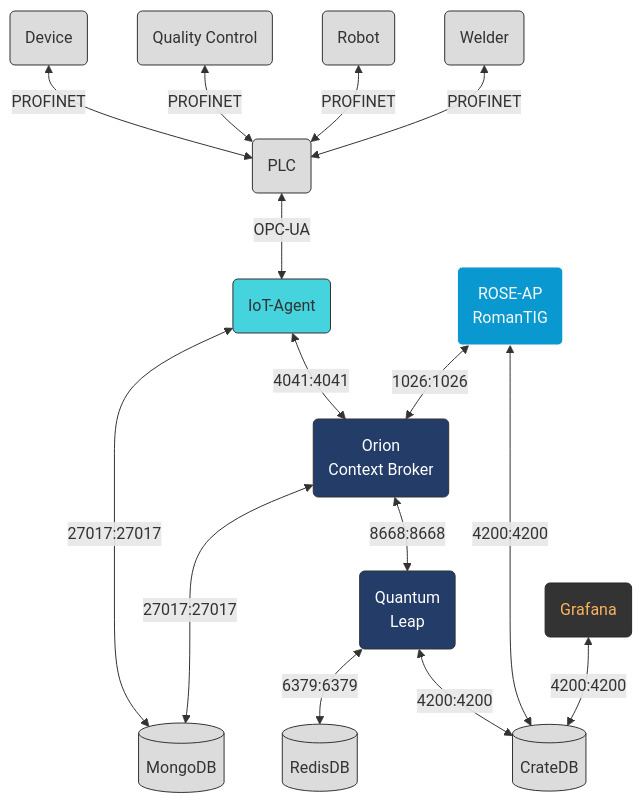
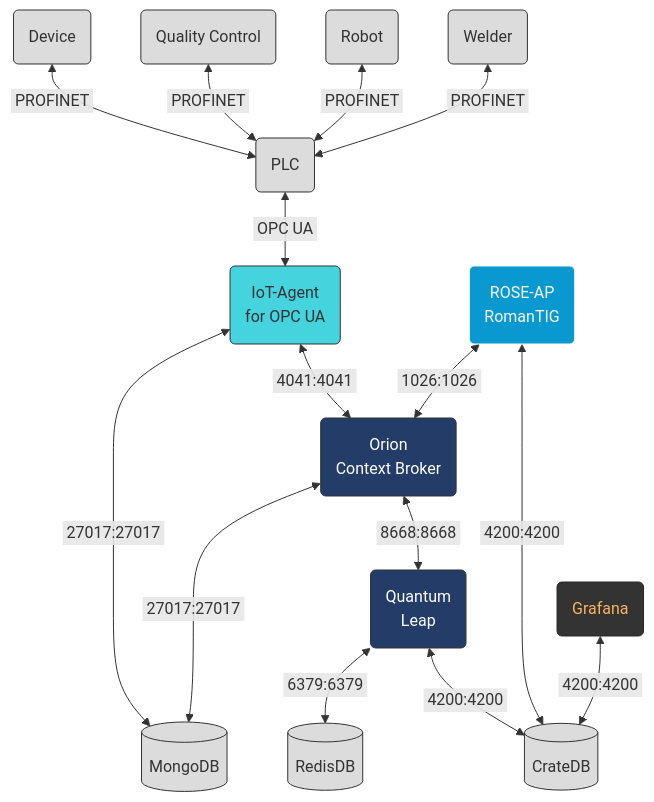
One commit to claret-srl/ROMANTIG changed the second of 2 diagrams in README.md. Above: the diagram before and after it, drawn with Mermaid. The commit also changed other lines of this file, not shown here.

````diff
--- a/README.md
+++ b/README.md
@@ -180,31 +180,31 @@
 ```mermaid
   flowchart TD
     Welder(Welder)
     Robot(Robot)
     QC(Quality Control)
     Device(Device)
     PLC(PLC)
-    IoT-Agent(IoT-Agent):::Cyan
+    IoT-Agent(IoT-Agent \n for OPC UA):::Cyan
     Orion(Orion \n Context Broker):::DarkBlue
     Quantumleap(Quantum \n Leap):::DarkBlue
     ROSE-AP(ROSE-AP \n RomanTIG):::Claret
     Redis[(RedisDB)]
     Mongo[(MongoDB)]
     Crate[(CrateDB)]
     Grafana(Grafana):::Grafana
 
-    Orion & IoT-Agent <--27017:27017---> Mongo
-    ROSE-AP <--1026:1026--> Orion
-    Quantumleap <--6379:6379--> Redis
-    Welder & Robot & QC & Device <--PROFINET--> PLC <--OPC-UA--> IoT-Agent <--4041:4041--> Orion <--8668:8668--> Quantumleap
-    Grafana <--4200:4200--> Crate
-    ROSE-AP  & Quantumleap <--4200:4200--> Crate
+    Orion & IoT-Agent <--&nbsp27017:27017&nbsp---> Mongo
+    ROSE-AP <--&nbsp1026:1026&nbsp--> Orion
+    Quantumleap <--&nbsp6379:6379&nbsp--> Redis
+    Welder & Robot & QC & Device <--&nbspPROFINET&nbsp--> PLC <--&nbspOPC UA&nbsp--> IoT-Agent <--&nbsp4041:4041&nbsp--> Orion <--&nbsp8668:8668&nbsp--> Quantumleap
+    Grafana <--&nbsp4200:4200&nbsp--> Crate
+    ROSE-AP  & Quantumleap <--&nbsp4200:4200&nbsp--> Crate
     
 classDef DarkBlue fill:#233C68,stroke:#333,color:#FFF
 classDef Cyan fill:#45D3DD,stroke:#333,color:#333
 classDef Gainsboro fill:Gainsboro,stroke:#333,color:#333
 classDef Grafana fill:#333,Stroke:#282828,color:#FCB35F
 classDef Claret fill:#0999D0,Stroke:#F8F8F8,color:#F8F8F8
 
 class Crate,Mongo,Redis,Welder,Robot,QC,Device,PLC Gainsboro
 ```
````
